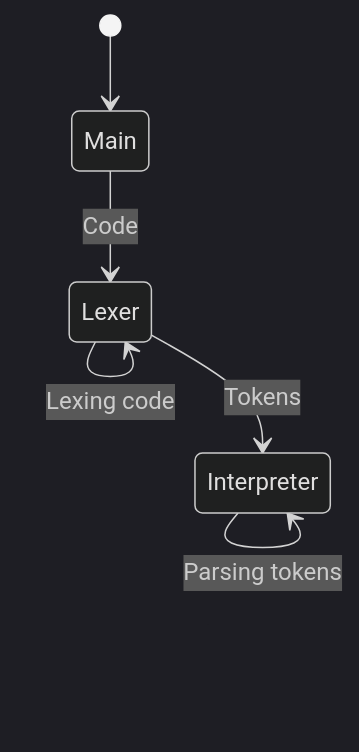
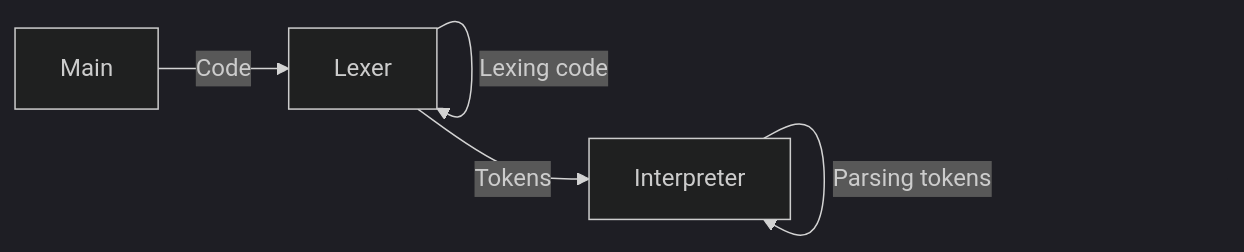
Before and after one commit to Traumatism/maeel: the diagram in README.md, drawn with Mermaid (dark theme).

````diff
--- a/README.md
+++ b/README.md
@@ -3,9 +3,7 @@
 ```mermaid
-stateDiagram-v2
-    [*] --> Main
-    Main --> Lexer: Code
-    Lexer --> Lexer: Lexing code
-
-    Lexer --> Interpreter: Tokens
-    Interpreter --> Interpreter: Parsing tokens
+flowchart LR
+    Main -->|Code|Lexer
+    Lexer -->|Lexing code|Lexer
+    Lexer -->|Tokens|Interpreter
+    Interpreter -->|Parsing tokens|Interpreter
 ```
````
